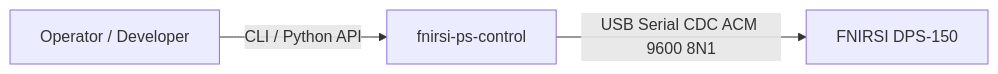
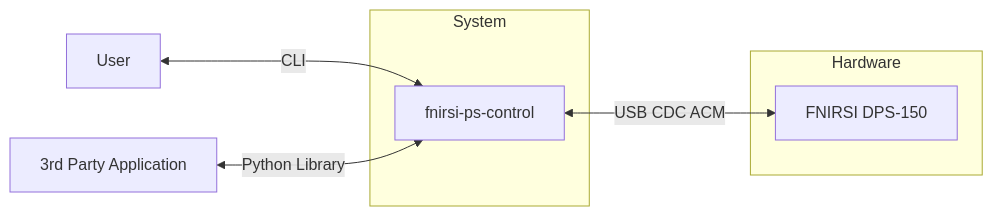
One commit to Philipp-IoT/fnirsi_protocol changed the second of 2 diagrams in docs/arc42/03_system_scope_and_context.md. Above: the diagram before and after it, drawn with Mermaid. The commit also changed other lines of this file, not shown here.

Commit message:
docs: update system scope and context with detailed stakeholder and technical diagrams

````diff
--- a/docs/arc42/03_system_scope_and_context.md
+++ b/docs/arc42/03_system_scope_and_context.md
@@ -18,8 +31,17 @@
 ```mermaid
 graph LR
-    User["Operator / Developer"]
-    Lib["fnirsi-ps-control"]
-    HW["FNIRSI DPS-150"]
-    User -->|"CLI / Python API"| Lib
-    Lib -->|"USB Serial CDC ACM 9600 8N1"| HW
+    User["User"]
+    App["3rd Party Application"]
+
+    subgraph System
+        SYS["fnirsi-ps-control"]
+    end
+
+    subgraph Hardware
+        DPS["FNIRSI DPS-150"]
+    end
+
+    User -- "CLI" <--> SYS
+    App -- "Python Library" <--> SYS
+    SYS -- "USB CDC ACM" <--> DPS
 ```
````
